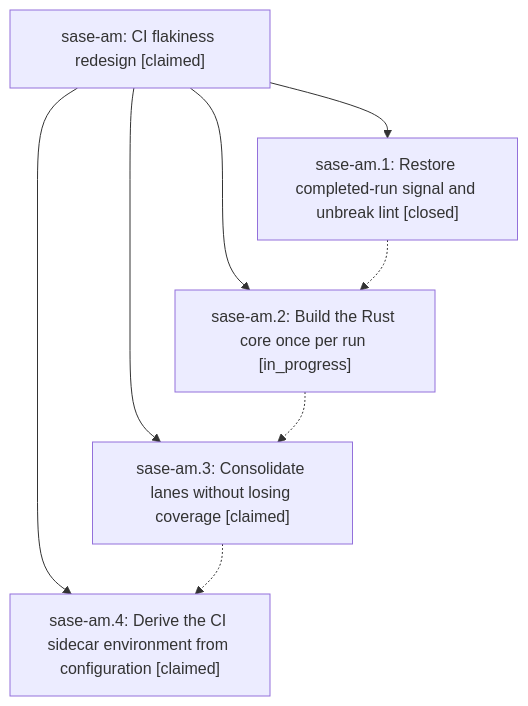
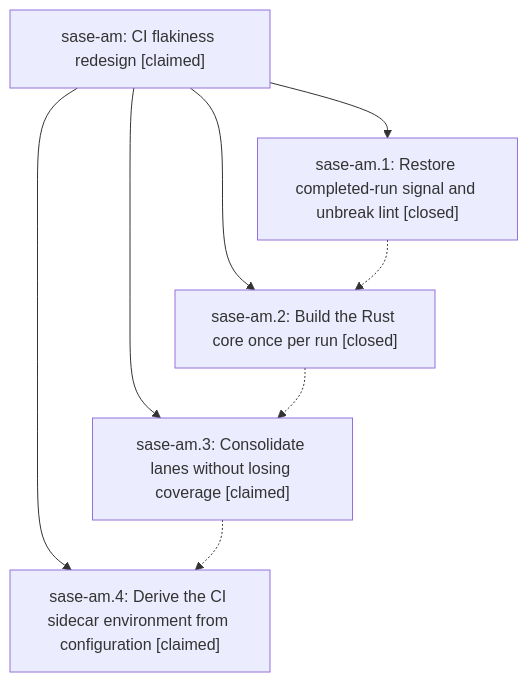
Before and after one commit to sase-org/sase--beads: the diagram in pages/sase-am/README.md, drawn with Mermaid. The commit also changed other lines of this file and 3 other files, not shown here.

````diff
--- a/pages/sase-am/README.md
+++ b/pages/sase-am/README.md
@@ -25,15 +25,15 @@
 ```mermaid
 flowchart TD
     n0["sase-am: CI flakiness redesign [claimed]"]
     n1["sase-am.1: Restore completed-run signal and unbreak lint [closed]"]
-    n2["sase-am.2: Build the Rust core once per run [in_progress]"]
+    n2["sase-am.2: Build the Rust core once per run [closed]"]
     n3["sase-am.3: Consolidate lanes without losing coverage [claimed]"]
     n4["sase-am.4: Derive the CI sidecar environment from configuration [claimed]"]
     n0 --> n1
     n0 --> n2
     n0 --> n3
     n0 --> n4
     n1 -.-> n2
     n2 -.-> n3
     n3 -.-> n4
 ```
````
